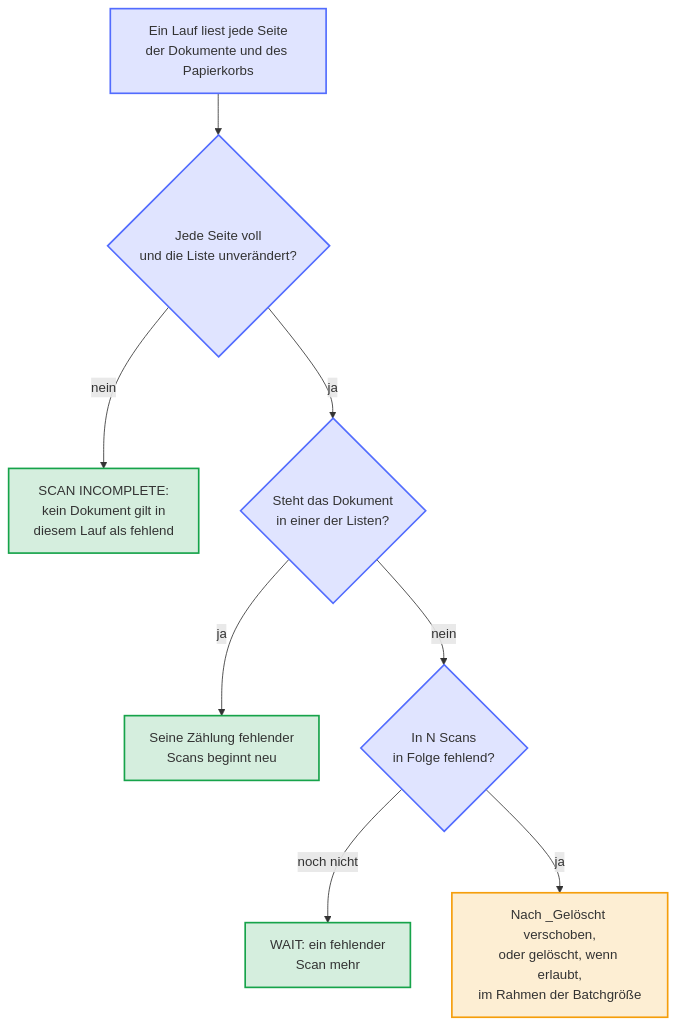
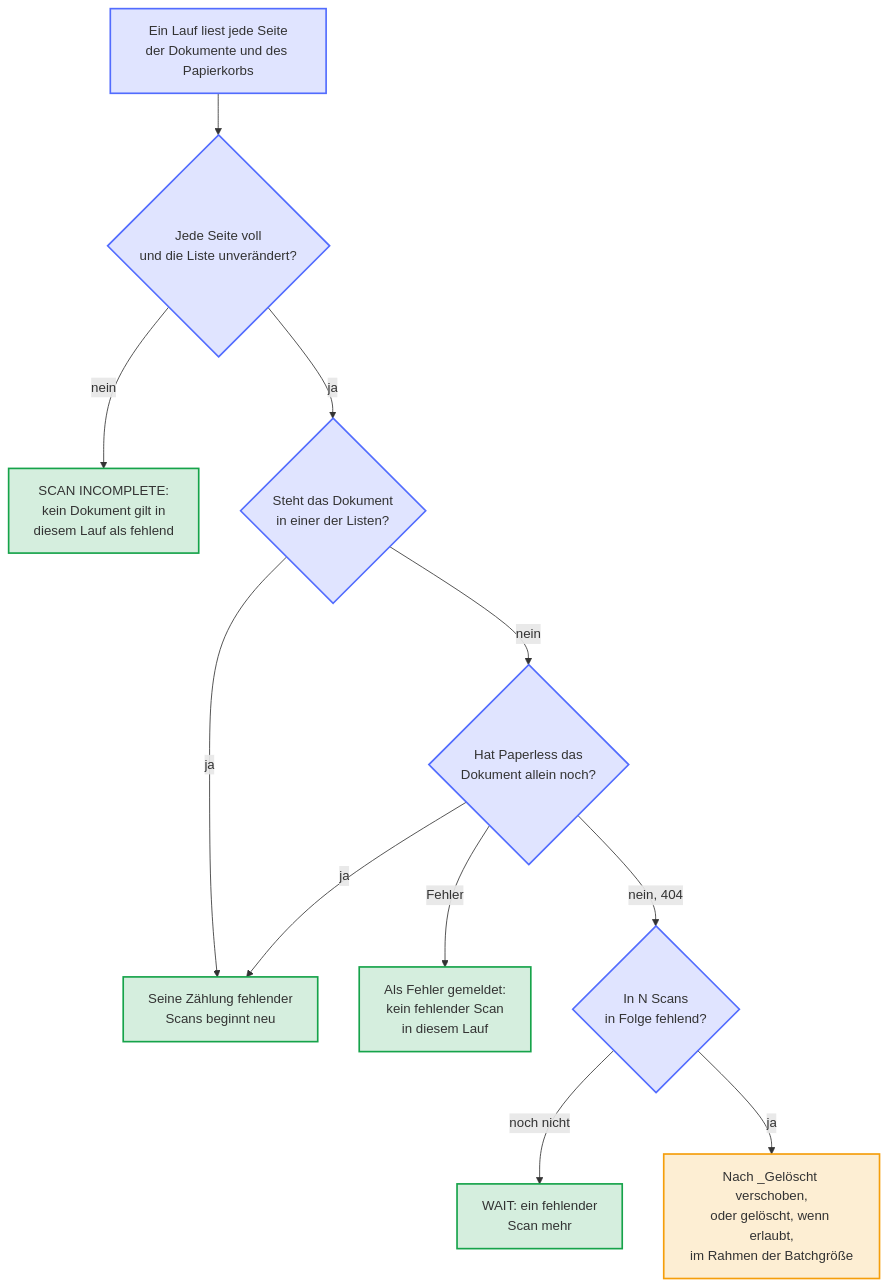
Before and after one commit to Dennis-Otto/paperless-sync: the diagram in docs/diagrams/when-a-document-counts-as-missing.de.mmd, drawn with Mermaid. The commit also changed 19 other files, not shown here.

Commit message:
fix: ask Paperless before counting a document a complete scan left out as missing (#229)

```diff
--- a/docs/diagrams/when-a-document-counts-as-missing.de.mmd
+++ b/docs/diagrams/when-a-document-counts-as-missing.de.mmd
@@ -1,17 +1,20 @@
 flowchart TB
     accTitle: Wann ein Dokument als fehlend gilt
-    accDescr: Jeder Lauf liest alle Seiten der Dokumente und des Papierkorbs von Paperless. Kam eine Seite zu kurz oder leer zurück, oder hat sich die Liste während des Scans geändert, meldet der Lauf SCAN INCOMPLETE und zählt kein Dokument als fehlend. Sonst beginnt ein Dokument, das in einer der Listen steht, seine Zählung neu, und eines, das in keiner Liste steht, zählt einen fehlenden Scan mehr; nach N Scans in Folge wandert seine Kopie in den Gelöscht-Ordner oder wird gelöscht, wenn das erlaubt ist, im Rahmen der Batchgröße.
+    accDescr: Jeder Lauf liest alle Seiten der Dokumente und des Papierkorbs von Paperless. Kam eine Seite zu kurz oder leer zurück, oder hat sich die Liste während des Scans geändert, meldet der Lauf SCAN INCOMPLETE und zählt kein Dokument als fehlend. Sonst beginnt ein Dokument, das in einer der Listen steht, seine Zählung neu. Nach einem Dokument, das in keiner Liste steht, fragt der Lauf Paperless allein: Hat Paperless es noch, beginnt seine Zählung neu; ein Fehler zählt in diesem Lauf nichts; antwortet Paperless 404, zählt es einen fehlenden Scan mehr, und nach N Scans in Folge wandert seine Kopie in den Gelöscht-Ordner oder wird gelöscht, wenn das erlaubt ist, im Rahmen der Batchgröße.
 
     scan["Ein Lauf liest jede Seite<br>der Dokumente und des Papierkorbs"] --> complete{"Jede Seite voll<br>und die Liste unverändert?"}
     complete -->|nein| incomplete["SCAN INCOMPLETE:<br>kein Dokument gilt in<br>diesem Lauf als fehlend"]
     complete -->|ja| listed{"Steht das Dokument<br>in einer der Listen?"}
     listed -->|ja| reset["Seine Zählung fehlender<br>Scans beginnt neu"]
-    listed -->|nein| scans{"In N Scans<br>in Folge fehlend?"}
+    listed -->|nein| asked{"Hat Paperless das<br>Dokument allein noch?"}
+    asked -->|ja| reset
+    asked -->|Fehler| error["Als Fehler gemeldet:<br>kein fehlender Scan<br>in diesem Lauf"]
+    asked -->|"nein, 404"| scans{"In N Scans<br>in Folge fehlend?"}
     scans -->|noch nicht| wait["WAIT: ein fehlender<br>Scan mehr"]
     scans -->|ja| change["Nach _Gelöscht verschoben,<br>oder gelöscht, wenn erlaubt,<br>im Rahmen der Batchgröße"]
     classDef check fill:#526cfe2e,stroke:#526cfe,stroke-width:2px
     classDef kept fill:#16a34a2e,stroke:#16a34a,stroke-width:2px
     classDef changed fill:#f59e0b2e,stroke:#f59e0b,stroke-width:2px
-    class scan,complete,listed,scans check
-    class incomplete,reset,wait kept
+    class scan,complete,listed,asked,scans check
+    class incomplete,reset,error,wait kept
     class change changed
```
